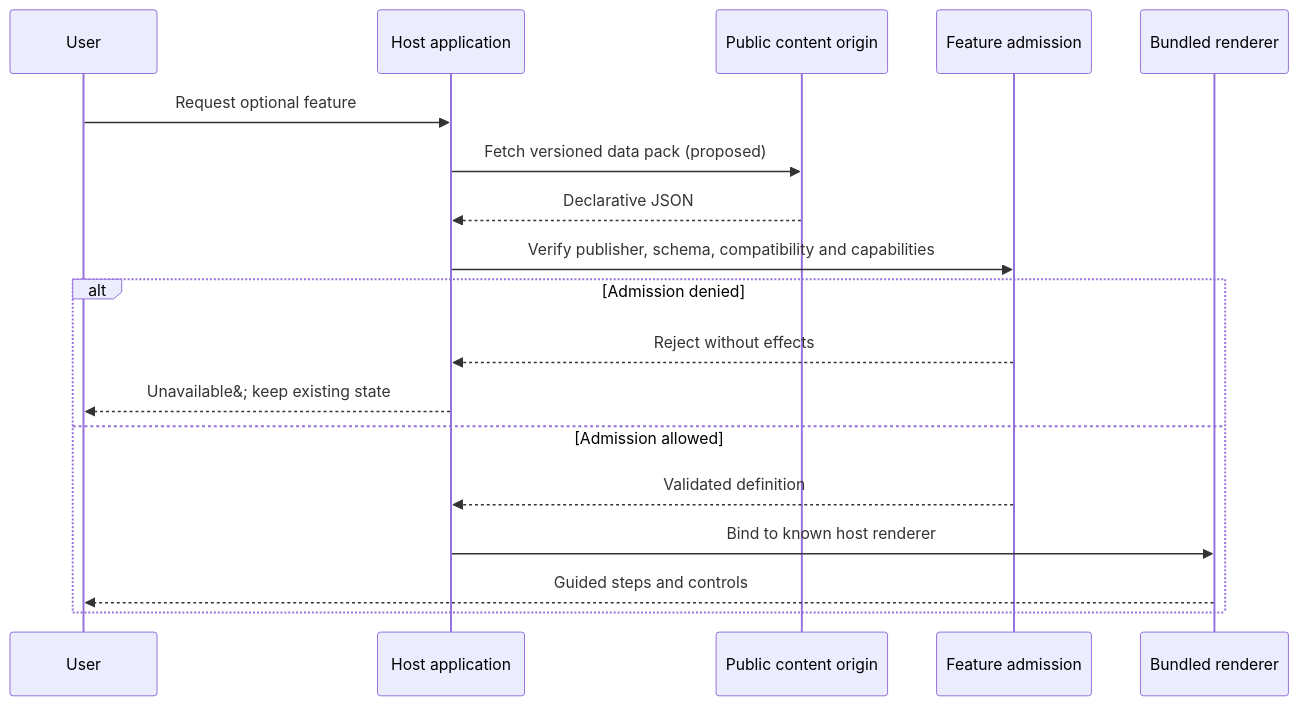
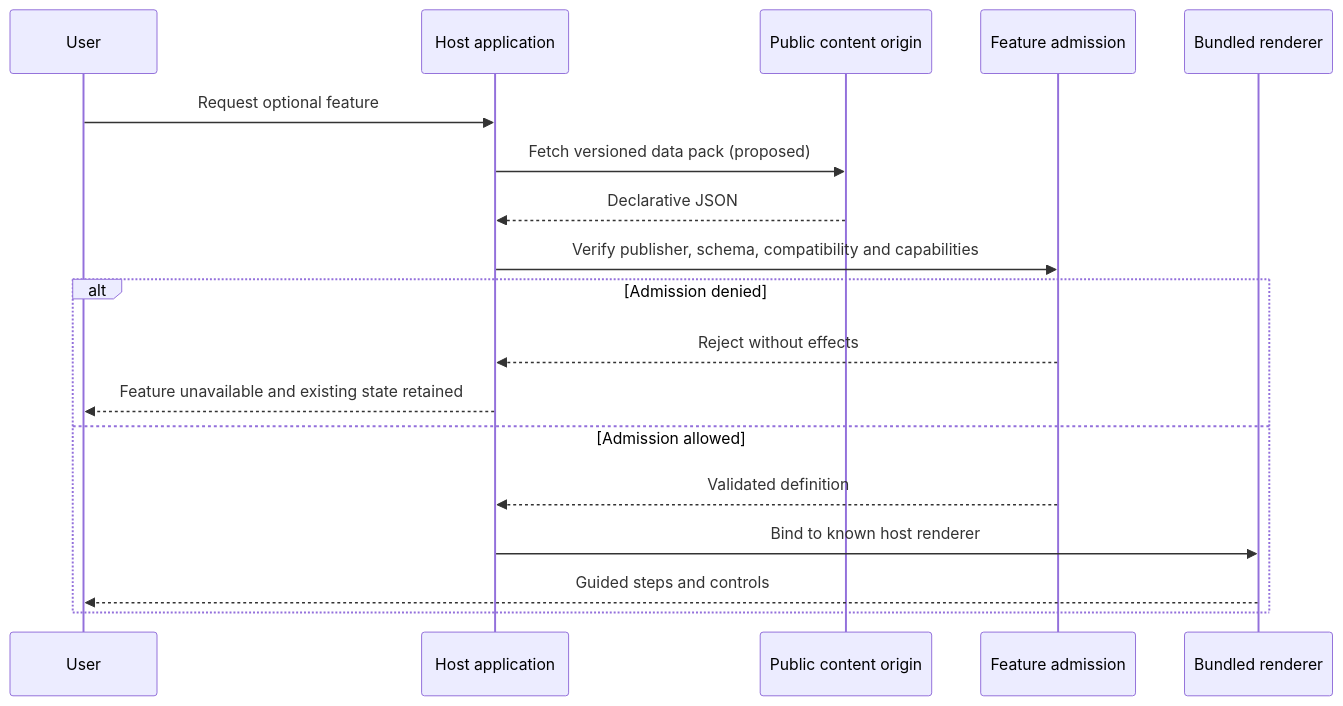
Before and after one commit to hackelia-micrantha/achillea-community: the third of 3 diagrams in docs/architecture.md, drawn with Mermaid. The commit also changed other lines of this file and 3 other files, not shown here.

First line of the commit message:
docs: repair Mermaid and show Asterwild product/game catalogue (#12)

````diff
--- a/docs/architecture.md
+++ b/docs/architecture.md
@@ -48,21 +50,21 @@
-~~~mermaid
+```mermaid
 sequenceDiagram
   participant User
   participant Host as Host application
   participant Source as Public content origin
   participant Gate as Feature admission
   participant Render as Bundled renderer
 
   User->>Host: Request optional feature
   Host->>Source: Fetch versioned data pack (proposed)
   Source-->>Host: Declarative JSON
   Host->>Gate: Verify publisher, schema, compatibility and capabilities
   alt Admission denied
     Gate-->>Host: Reject without effects
-    Host-->>User: Unavailable&#59; keep existing state
+    Host-->>User: Feature unavailable and existing state retained
   else Admission allowed
     Gate-->>Host: Validated definition
     Host->>Render: Bind to known host renderer
     Render-->>User: Guided steps and controls
   end
-~~~
+```
````
